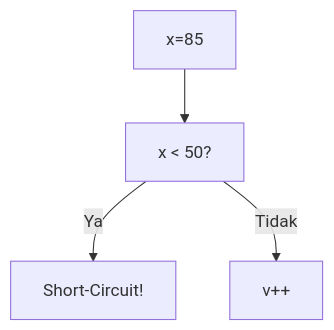
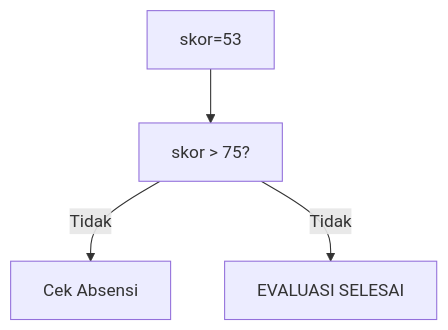
The third of 25 diagrams in part-c-pemahaman-cpp/02-percabangan/latihan/set-06.md (amnahwaida/OSNK_INF_PREP), drawn with Mermaid before and after one commit. The commit also changed other lines of this file and 71 other files, not shown here.

````diff
--- a/part-c-pemahaman-cpp/02-percabangan/latihan/set-06.md
+++ b/part-c-pemahaman-cpp/02-percabangan/latihan/set-06.md
@@ -77,6 +81,6 @@
 ```mermaid
 graph TD
-A["x=85"] --> B["x < 50?"]
-B -- Ya --> C["Short-Circuit!"]
-B -- Tidak --> D["v++"]
+A["skor=53"] --> B["skor > 75?"]
+B -- Tidak --> C["Cek Absensi"]
+B -- Tidak --> D["EVALUASI SELESAI"]
 ```
````
